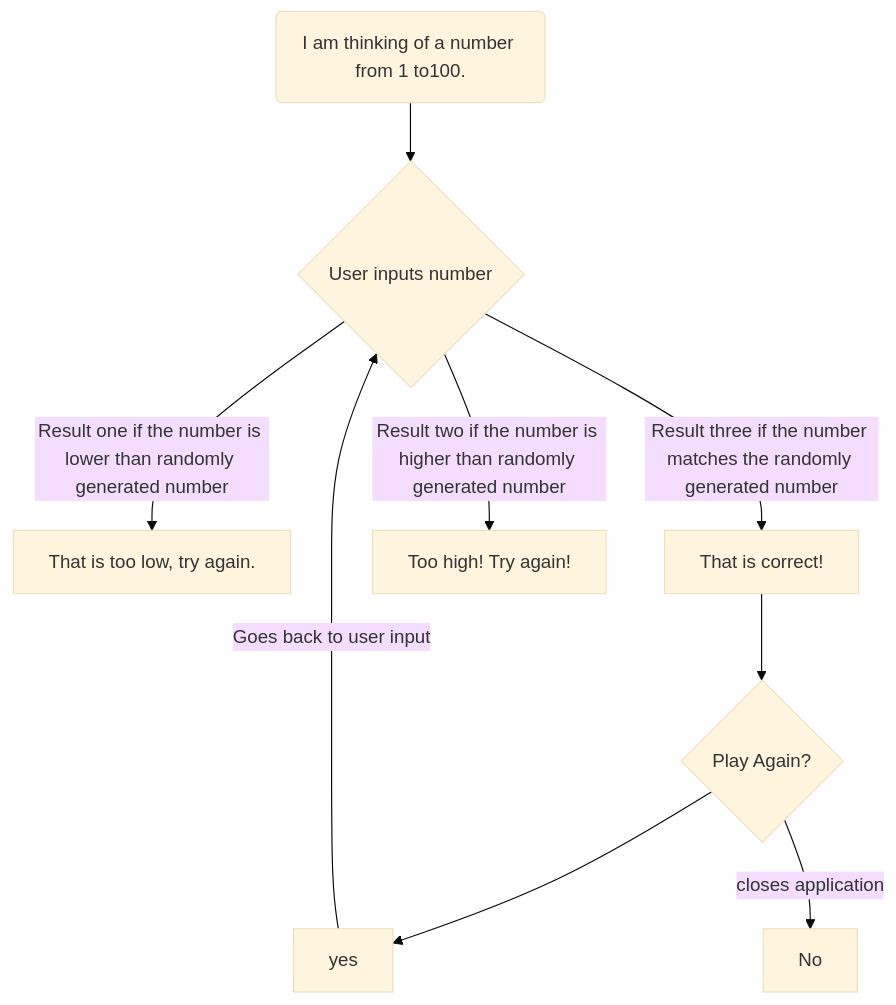
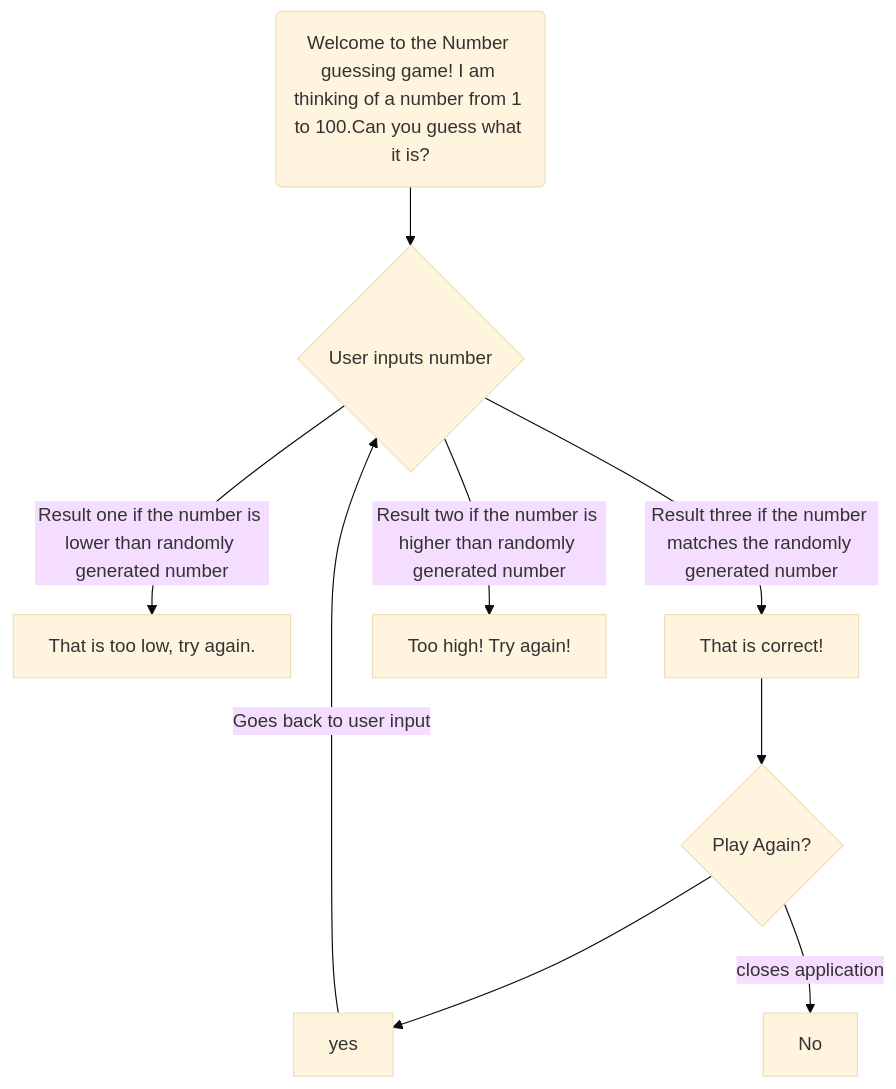
Before and after one commit to Troyboyce41/troyboyce41.github.io: the diagram in Guessing.md, drawn with Mermaid (base theme).

````diff
--- a/Guessing.md
+++ b/Guessing.md
@@ -1,11 +1,11 @@
 ```mermaid
 flowchart TD;
-A(I am thinking of a number from 1 to100.) --> B{User inputs number};
+A(Welcome to the Number guessing game! I am thinking of a number from 1 to 100.Can you guess what it is?) --> B{User inputs number};
 B -->|Result one if the number is lower than randomly generated number| D[That is too low, try again.];
 B -->|Result three if the number matches the randomly generated number|F[That is correct!];
 B -->|Result two if the number is higher than randomly generated number| E[Too high! Try again!];
 F -->C{Play Again?};
 C --> G[yes];
 C -->|closes application| H[No];
 G --> |Goes back to user input| B;
 ```
````
